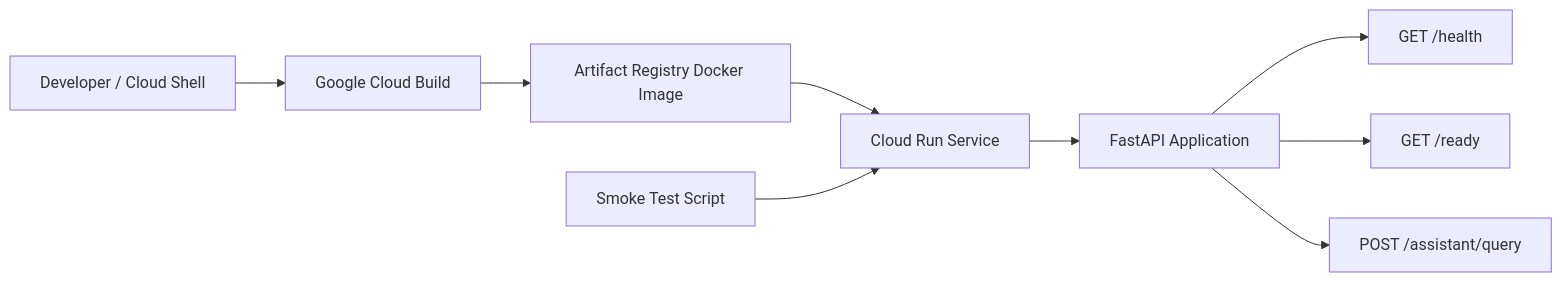
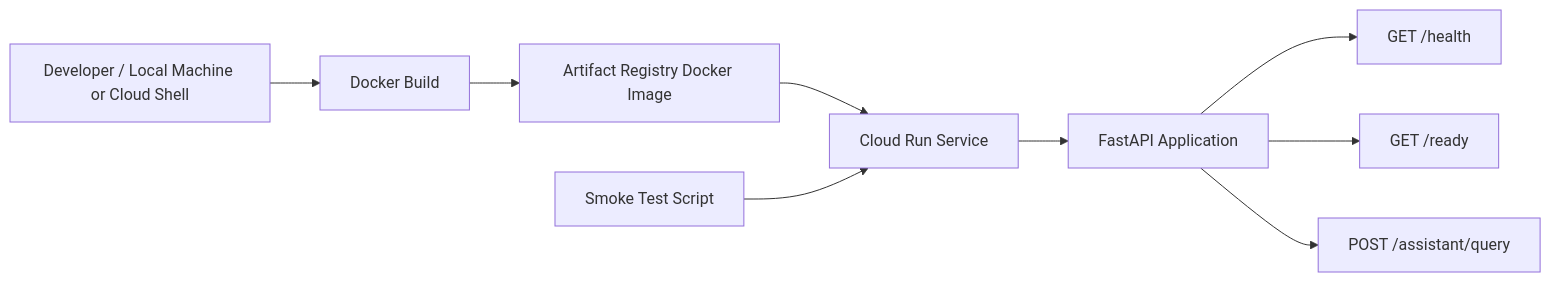
Before and after one commit to piotrbarabasz/payback-lightweight-assistant: the second of 3 diagrams in docs/architecture.md, drawn with Mermaid. The commit also changed other lines of this file and 39 other files, not shown here.

````diff
--- a/docs/architecture.md
+++ b/docs/architecture.md
@@ -66,13 +69,13 @@
 ```mermaid
 flowchart LR
-    DEV[Developer / Cloud Shell] --> BUILD[Google Cloud Build]
+    DEV[Developer / Local Machine or Cloud Shell] --> BUILD[Docker Build]
     BUILD --> IMAGE[Artifact Registry Docker Image]
     IMAGE --> RUN[Cloud Run Service]
     RUN --> API[FastAPI Application]
 
     API --> HEALTH[GET /health]
     API --> READY[GET /ready]
     API --> ASSISTANT[POST /assistant/query]
 
     SMOKE[Smoke Test Script] --> RUN
 ```
````
